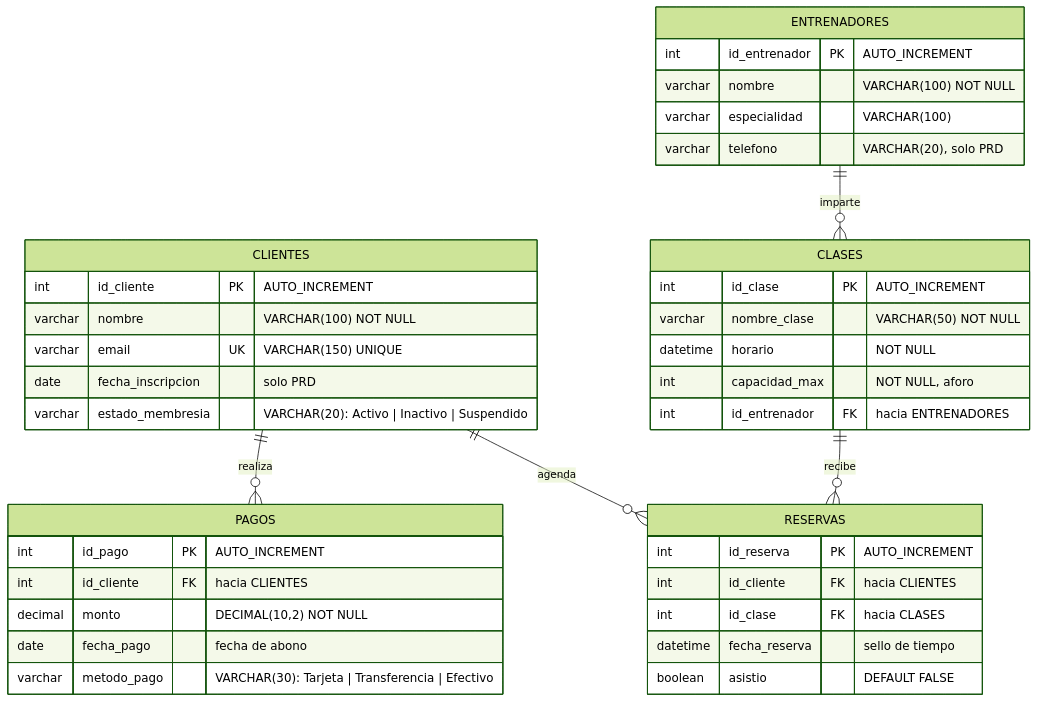
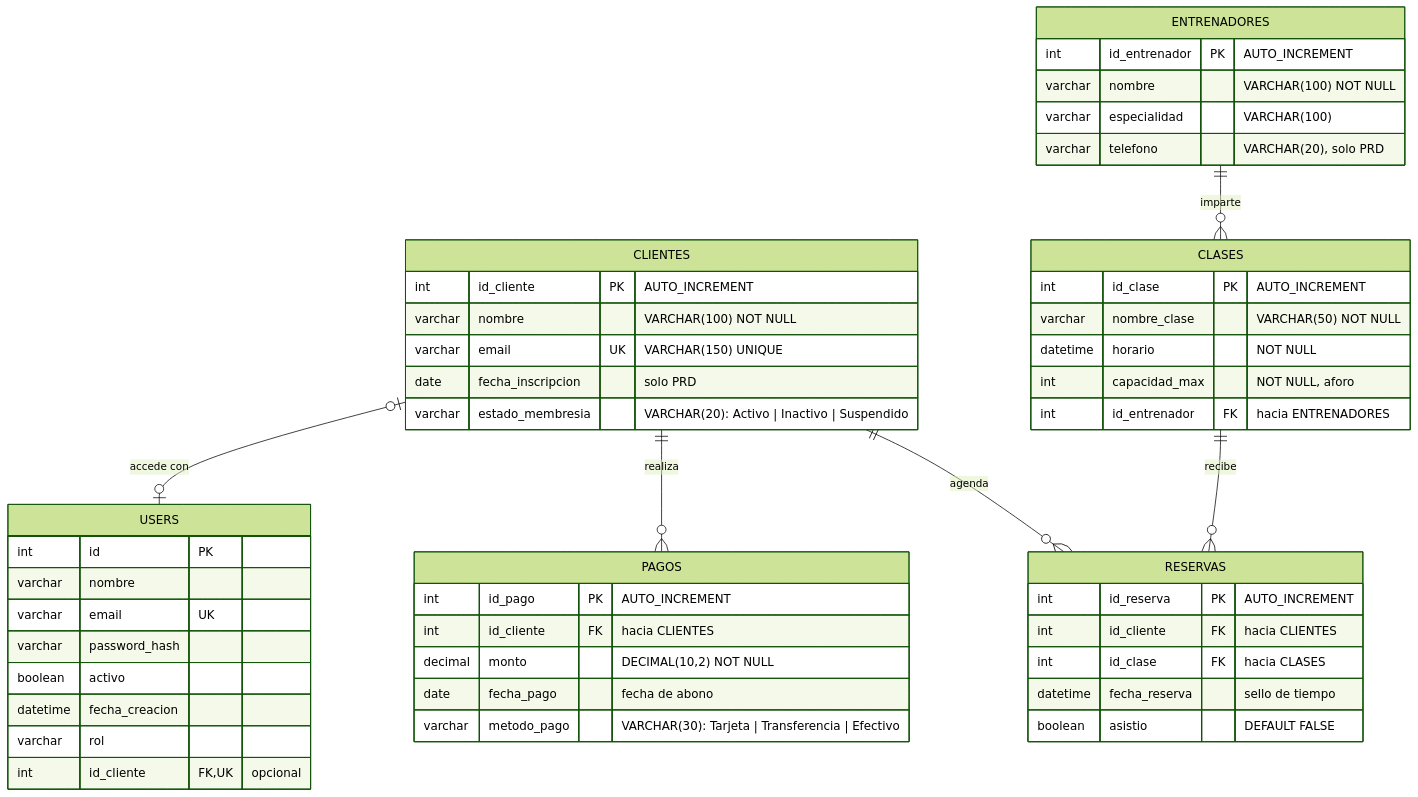
One commit to IA-P1-BCN/g1-python-crud-api changed the diagram in docs/EDR_DIAGRAM.md. Above: the diagram before and after it, drawn with Mermaid (forest theme). The commit also changed 25 other files, not shown here.

````diff
--- a/docs/EDR_DIAGRAM.md
+++ b/docs/EDR_DIAGRAM.md
@@ -8,46 +8,57 @@
 ```mermaid
 erDiagram
+    CLIENTES |o--o| USERS : "accede con"
+    USERS {
+        int id PK
+        varchar nombre
+        varchar email UK
+        varchar password_hash
+        boolean activo
+        datetime fecha_creacion
+        varchar rol
+        int id_cliente FK,UK "opcional"
+    }
     CLIENTES ||--o{ PAGOS : "realiza"
     CLIENTES ||--o{ RESERVAS : "agenda"
     CLASES ||--o{ RESERVAS : "recibe"
     ENTRENADORES ||--o{ CLASES : "imparte"
 
     CLIENTES {
         int id_cliente PK "AUTO_INCREMENT"
         varchar nombre "VARCHAR(100) NOT NULL"
         varchar email UK "VARCHAR(150) UNIQUE"
         date fecha_inscripcion "solo PRD"
         varchar estado_membresia "VARCHAR(20): Activo | Inactivo | Suspendido"
     }
 
     ENTRENADORES {
         int id_entrenador PK "AUTO_INCREMENT"
         varchar nombre "VARCHAR(100) NOT NULL"
         varchar especialidad "VARCHAR(100)"
         varchar telefono "VARCHAR(20), solo PRD"
     }
 
     CLASES {
         int id_clase PK "AUTO_INCREMENT"
         varchar nombre_clase "VARCHAR(50) NOT NULL"
         datetime horario "NOT NULL"
         int capacidad_max "NOT NULL, aforo"
         int id_entrenador FK "hacia ENTRENADORES"
     }
 
     RESERVAS {
         int id_reserva PK "AUTO_INCREMENT"
         int id_cliente FK "hacia CLIENTES"
         int id_clase FK "hacia CLASES"
         datetime fecha_reserva "sello de tiempo"
         boolean asistio "DEFAULT FALSE"
     }
 
     PAGOS {
         int id_pago PK "AUTO_INCREMENT"
         int id_cliente FK "hacia CLIENTES"
         decimal monto "DECIMAL(10,2) NOT NULL"
         date fecha_pago "fecha de abono"
         varchar metodo_pago "VARCHAR(30): Tarjeta | Transferencia | Efectivo"
     }
 ```
````
